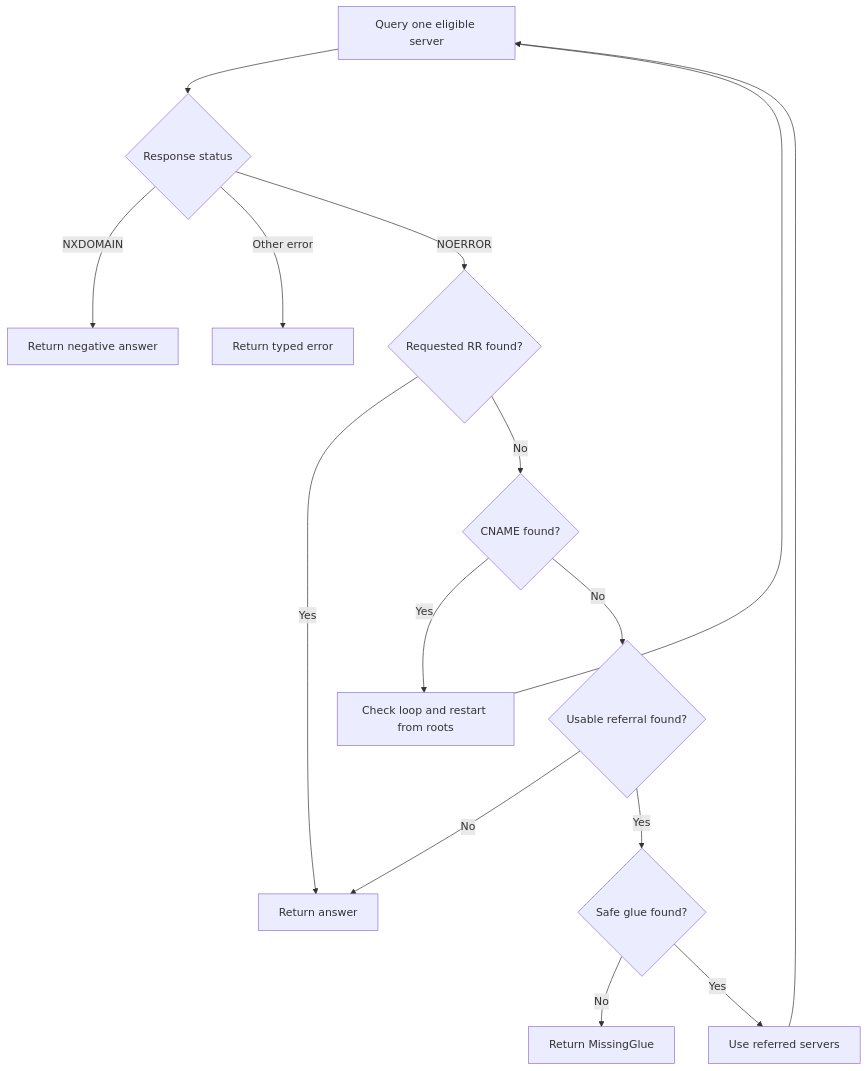
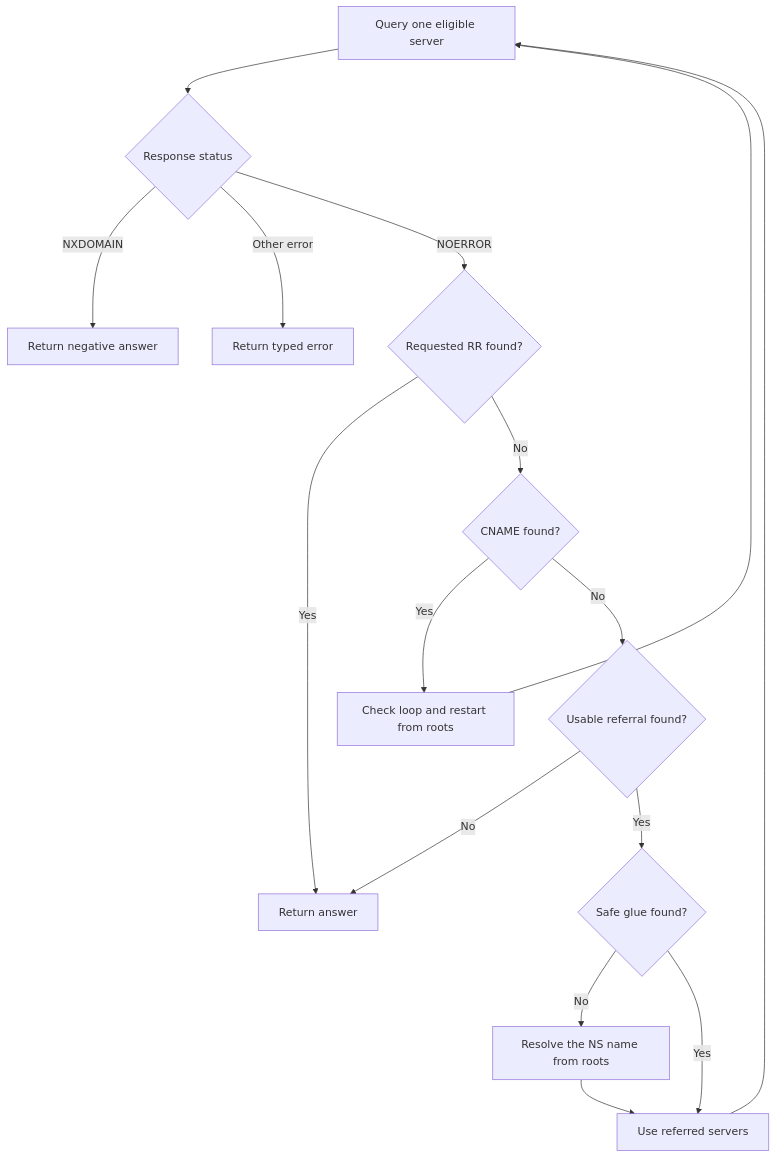
The fourth of 5 diagrams in docs/03-resolver/01-iterative-resolution.md (ubugeeei/learn-dns), drawn with Mermaid before and after one commit. The commit also changed other lines of this file and 3 other files, not shown here.

Commit message:
feat(resolver): resolve name servers without glue

````diff
--- a/docs/03-resolver/01-iterative-resolution.md
+++ b/docs/03-resolver/01-iterative-resolution.md
@@ -107,17 +107,18 @@
 ```mermaid
 flowchart TD
   start["Query one eligible server"] --> rcode{"Response status"}
   rcode -->|NXDOMAIN| negative["Return negative answer"]
   rcode -->|Other error| fail["Return typed error"]
   rcode -->|NOERROR| exact{"Requested RR found?"}
   exact -->|Yes| done["Return answer"]
   exact -->|No| cname{"CNAME found?"}
   cname -->|Yes| alias["Check loop and restart from roots"]
   alias --> start
   cname -->|No| referral{"Usable referral found?"}
   referral -->|No| done
   referral -->|Yes| glue{"Safe glue found?"}
-  glue -->|No| missing["Return MissingGlue"]
+  glue -->|No| missing["Resolve the NS name from roots"]
+  missing --> next
   glue -->|Yes| next["Use referred servers"]
   next --> start
 ```
````
